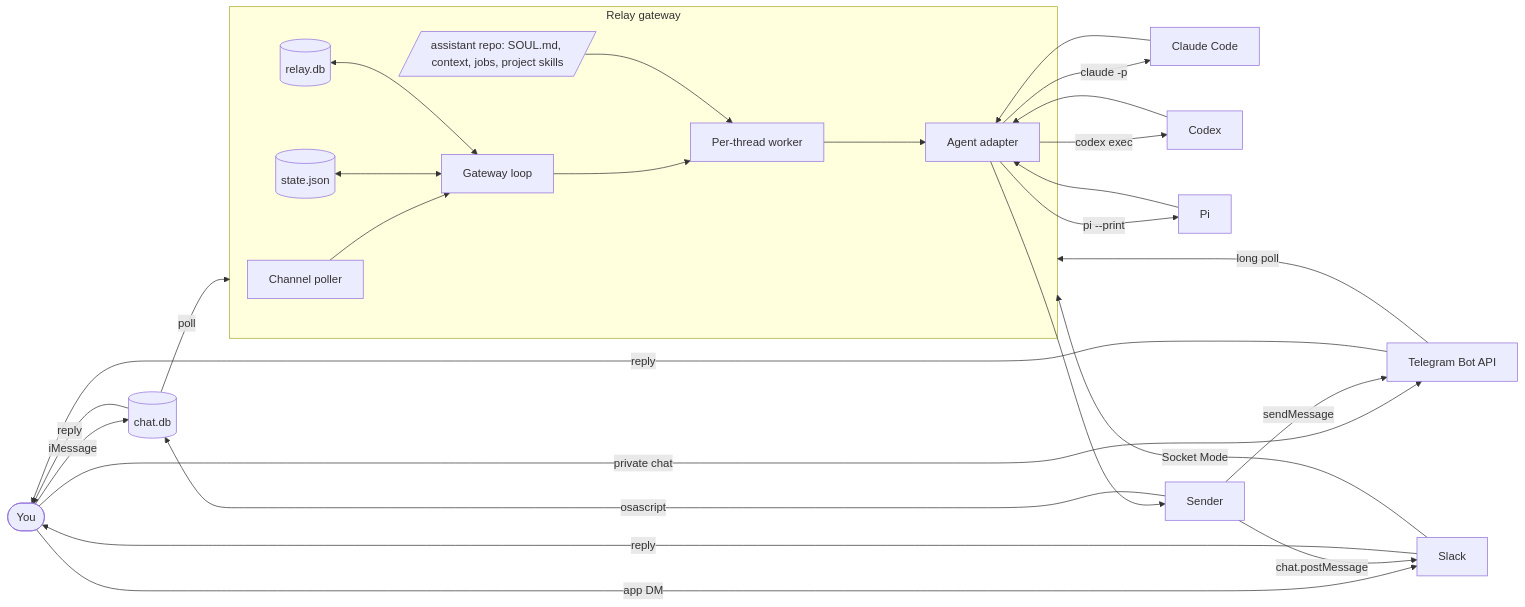
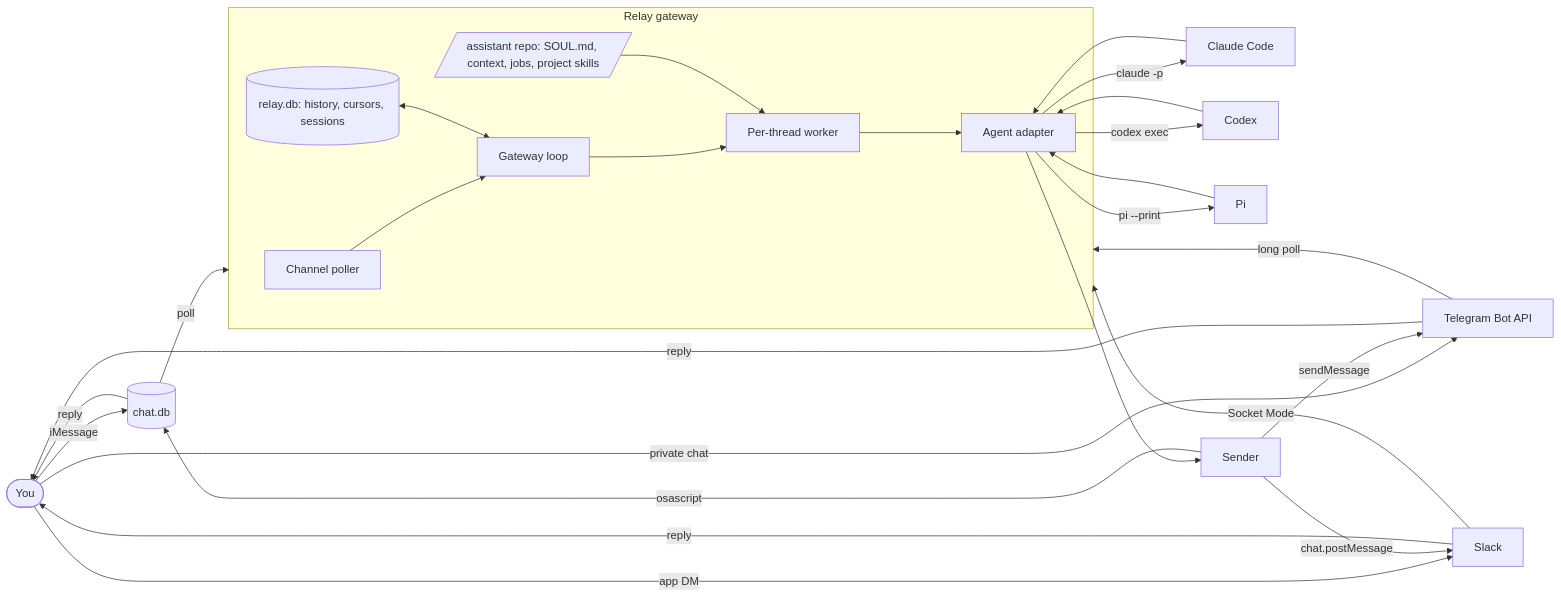
Before and after one commit to edheltzel/Relay: the first of 2 diagrams in docs/architecture.md, drawn with Mermaid. The commit also changed other lines of this file and 45 other files, not shown here.

First line of the commit message:
feat: add RELAY_HOME path model, JSON CLI contract, and schedule review (#13)

````diff
--- a/docs/architecture.md
+++ b/docs/architecture.md
@@ -65,30 +65,29 @@
 ```mermaid
 flowchart LR
     user([You]) -->|iMessage| db[(chat.db)]
     user -->|private chat| tg[Telegram Bot API]
     user -->|app DM| slack[Slack]
     db -->|poll| relay
     tg -->|long poll| relay
     slack -->|Socket Mode| relay
     subgraph relay[Relay gateway]
         poller[Channel poller] --> gateway[Gateway loop]
         gateway --> worker[Per-thread worker]
-        store[(state.json)] <--> gateway
-        history[(relay.db)] <--> gateway
+        history[(relay.db: history, cursors, sessions)] <--> gateway
         assistant[/assistant repo: SOUL.md, context, jobs, project skills/] --> worker
         worker --> adapter[Agent adapter]
     end
     adapter -->|claude -p| claude[Claude Code]
     adapter -->|codex exec| codex[Codex]
     adapter -->|pi --print| pi[Pi]
     claude --> adapter
     codex --> adapter
     pi --> adapter
     adapter --> sender[Sender]
     sender -->|osascript| db
     sender -->|sendMessage| tg
     sender -->|chat.postMessage| slack
     db -->|reply| user
     tg -->|reply| user
     slack -->|reply| user
 ```
````
